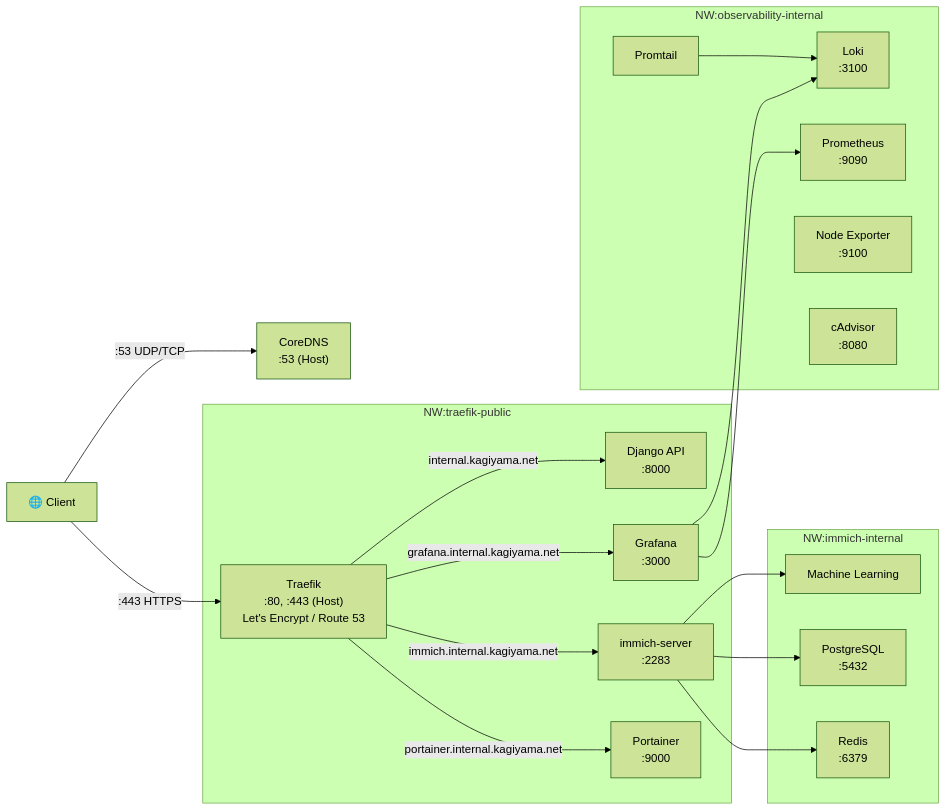
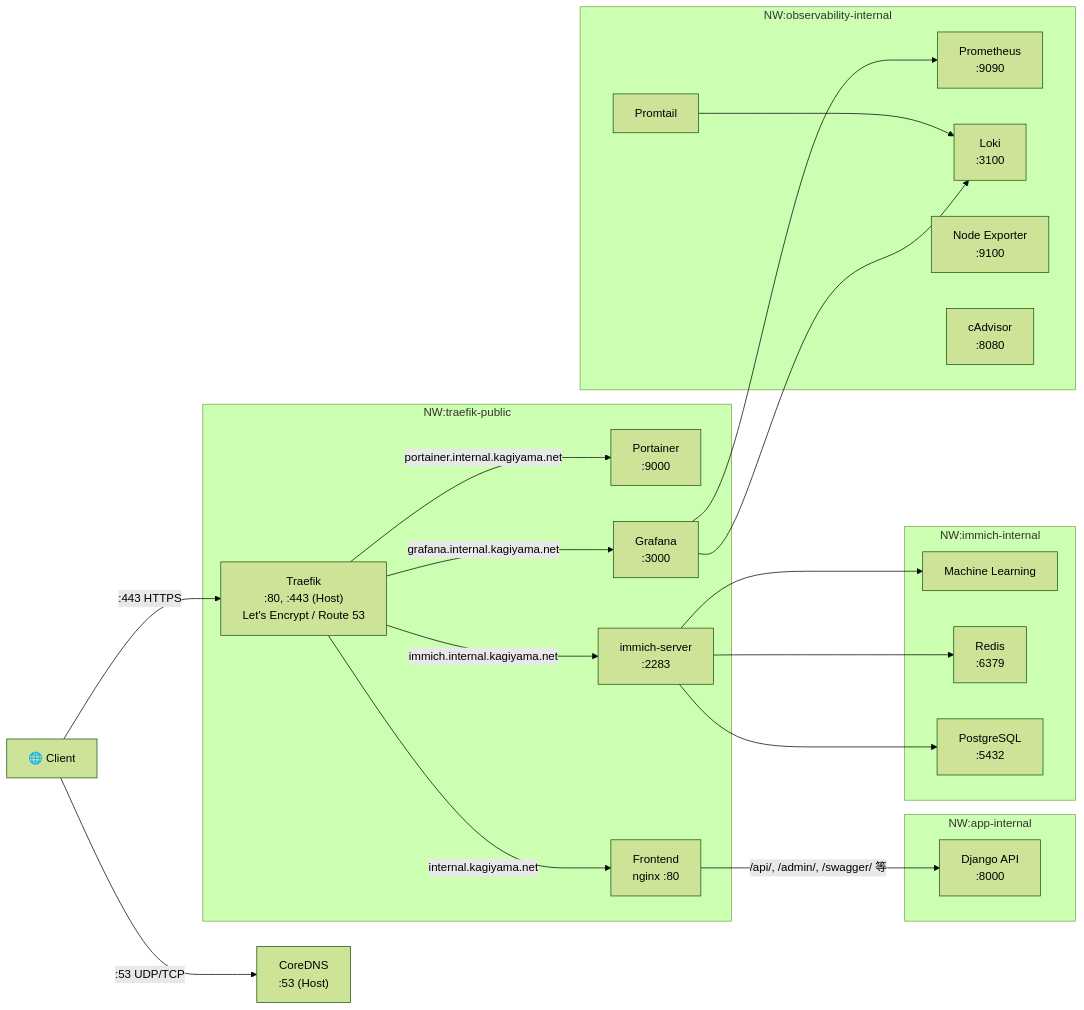
The diagram in README.md (kagiyama-baking/internal.kagiyama.net), drawn with Mermaid (forest theme) before and after one commit. The commit also changed other lines of this file, not shown here.

Commit message:
docs: README のサービス構成とアーキテクチャ図を更新
- kawashiro-server の説明を「Django REST API + React SPA」に更新
- アーキテクチャ図に Frontend (nginx) コンテナと app-internal
  ネットワークを追加
- Django API がホスト非公開である旨を Note に追記

````diff
--- a/README.md
+++ b/README.md
@@ -55,44 +55,51 @@
 ```mermaid
 graph LR
     Browser["🌐 Client"]
     Browser -->|":443 HTTPS"| Traefik
 
     Browser -->|":53 UDP/TCP"| CoreDNS["CoreDNS<br>:53 (Host)"]
 
     subgraph traefik-public["NW:traefik-public"]
         Traefik["Traefik<br>:80, :443 (Host) <br>Let's Encrypt / Route 53"]
         Portainer["Portainer<br>:9000"]
         ImmichServer["immich-server<br>:2283"]
         Grafana["Grafana<br>:3000"]
-        DjangoAPI["Django API<br>:8000"]
+        Frontend["Frontend<br>nginx :80"]
     end
 
     Traefik -->|"portainer.internal.kagiyama.net"| Portainer
     Traefik -->|"immich.internal.kagiyama.net"| ImmichServer
     Traefik -->|"grafana.internal.kagiyama.net"| Grafana
-    Traefik -->|"internal.kagiyama.net"| DjangoAPI
+    Traefik -->|"internal.kagiyama.net"| Frontend
+
+    subgraph app-internal["NW:app-internal"]
+        Frontend
+        DjangoAPI["Django API<br>:8000"]
+    end
+
+    Frontend -->|"/api/, /admin/, /swagger/ 等"| DjangoAPI
 
     subgraph immich-internal["NW:immich-internal"]
         ImmichServer
         MachineLearning["Machine Learning"]
         Redis["Redis<br>:6379"]
         Postgres["PostgreSQL<br>:5432"]
     end
 
     ImmichServer --> Redis
     ImmichServer --> Postgres
     ImmichServer --> MachineLearning
 
     subgraph observability-internal["NW:observability-internal"]
         Grafana
         Prometheus["Prometheus<br>:9090"]
         Loki["Loki<br>:3100"]
         Promtail["Promtail"]
         NodeExporter["Node Exporter<br>:9100"]
         cAdvisor["cAdvisor<br>:8080"]
     end
 
     Grafana --> Prometheus
     Grafana --> Loki
     Promtail --> Loki
 ```
````
